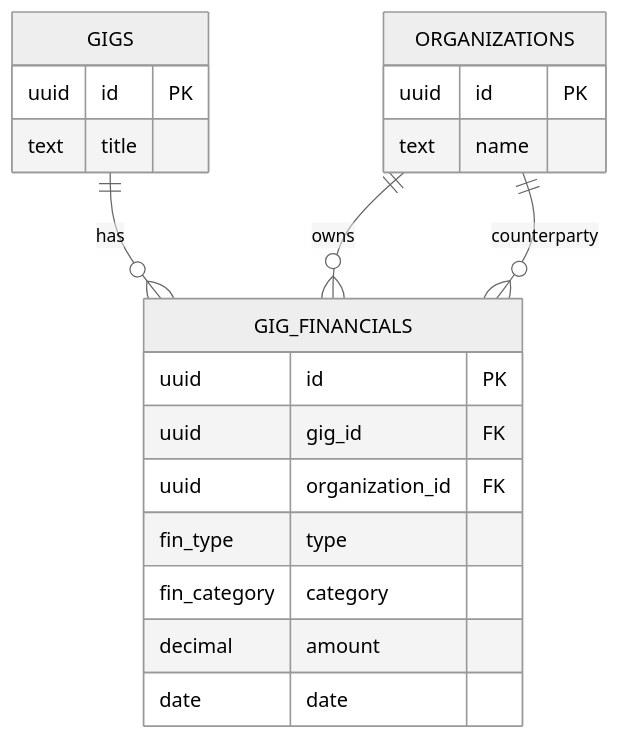
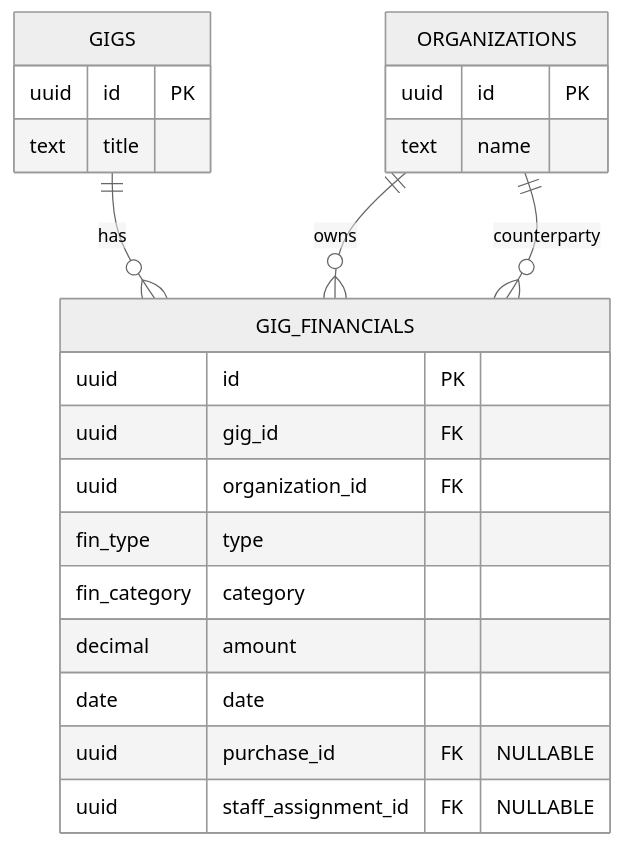
The fourth of 7 diagrams in docs/technical/database.md (corourke/GigManager), drawn with Mermaid (neutral theme) before and after one commit. The commit also changed other lines of this file and 3 other files, not shown here.

First line of the commit message:
docs: correct financial/attachment schema drift

````diff
--- a/docs/technical/database.md
+++ b/docs/technical/database.md
@@ -492,24 +492,26 @@
 ```mermaid
 erDiagram
     GIGS {
         uuid id PK
         text title
     }
     ORGANIZATIONS {
         uuid id PK
         text name
     }
     GIG_FINANCIALS {
         uuid id PK
         uuid gig_id FK
         uuid organization_id FK
         fin_type type
         fin_category category
         decimal amount
         date date
+        uuid purchase_id FK "NULLABLE"
+        uuid staff_assignment_id FK "NULLABLE"
     }
 
     GIGS ||--o{ GIG_FINANCIALS : has
     ORGANIZATIONS ||--o{ GIG_FINANCIALS : owns
     ORGANIZATIONS ||--o{ GIG_FINANCIALS : counterparty
 ```
````
